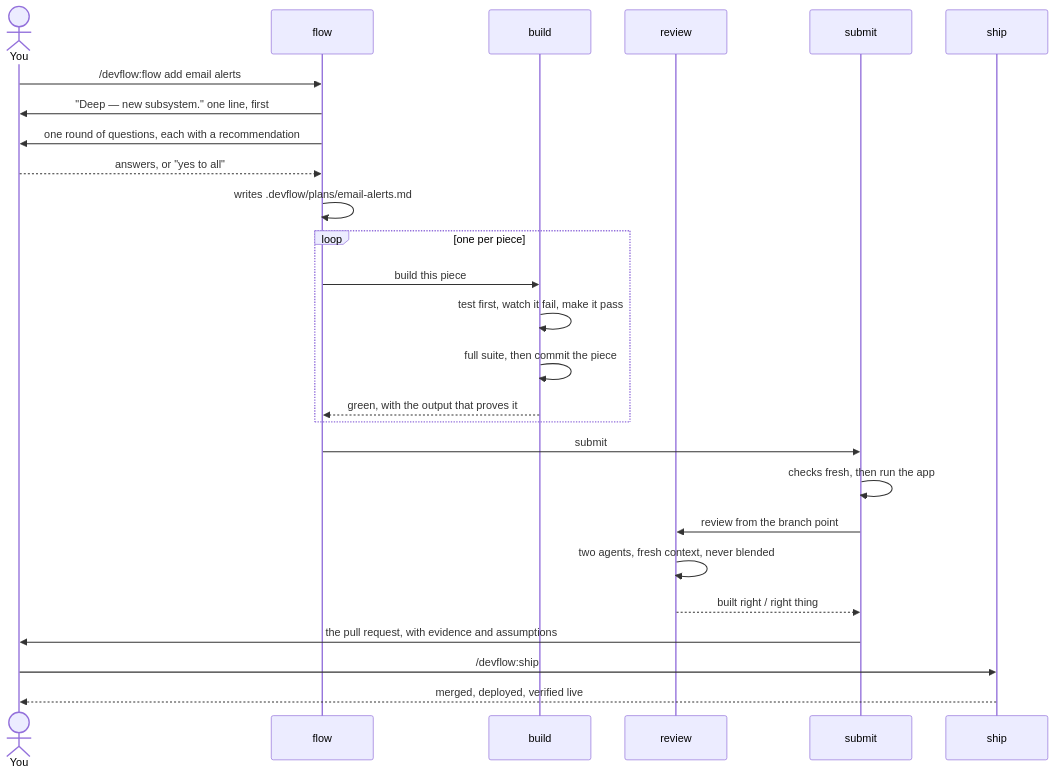
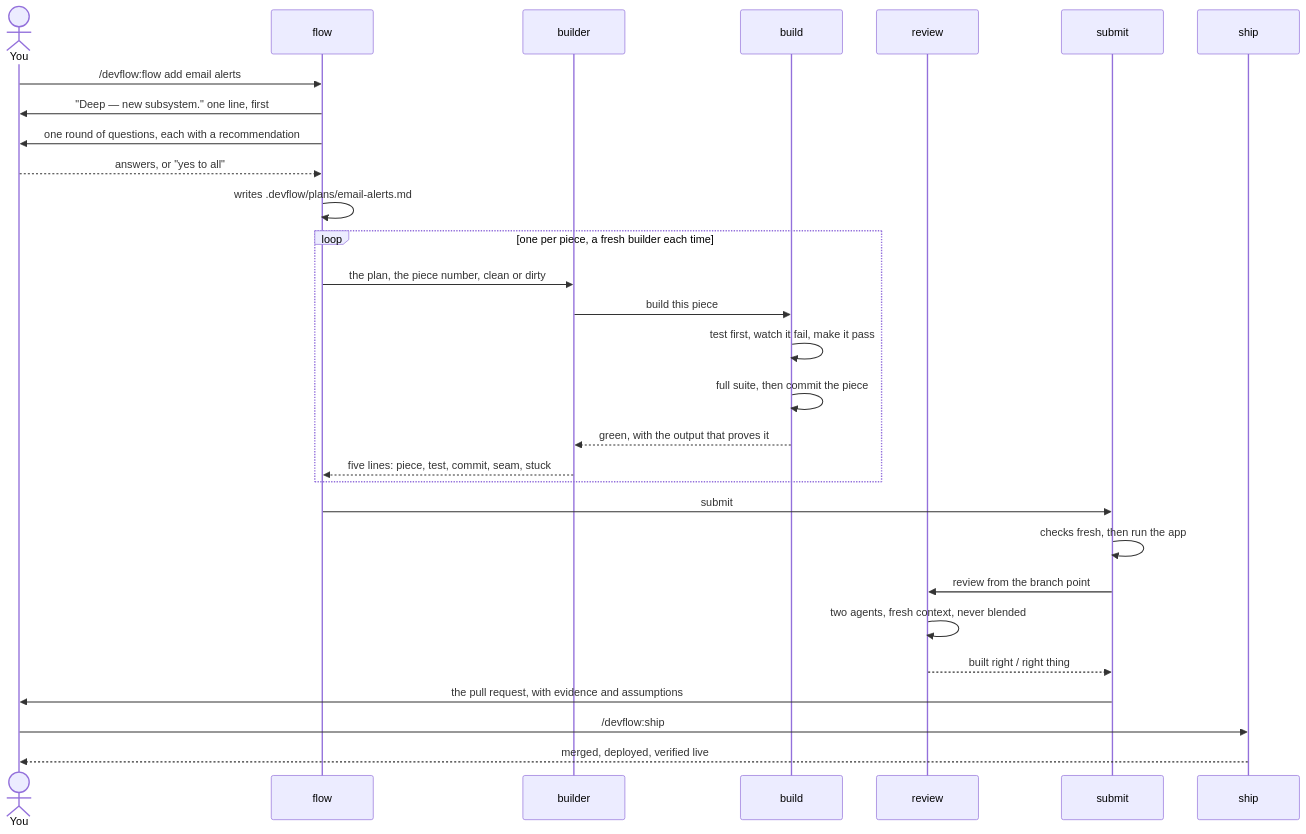
One commit to eddiechok/agent-devflow changed the second of 2 diagrams in docs/pipeline.md. Above: the diagram before and after it, drawn with Mermaid. The commit also changed 6 other files, not shown here.

First line of the commit message:
docs: catch up with builder per piece, and give submit a docs step

````diff
--- a/docs/pipeline.md
+++ b/docs/pipeline.md
@@ -85,31 +85,34 @@
 ```mermaid
 sequenceDiagram
     actor You
     participant flow
+    participant builder
     participant build
     participant review
     participant submit
     participant ship
 
     You->>flow: /devflow:flow add email alerts
     flow->>You: "Deep — new subsystem." one line, first
     flow->>You: one round of questions, each with a recommendation
     You-->>flow: answers, or "yes to all"
     flow->>flow: writes .devflow/plans/email-alerts.md
 
-    loop one per piece
-        flow->>build: build this piece
+    loop one per piece, a fresh builder each time
+        flow->>builder: the plan, the piece number, clean or dirty
+        builder->>build: build this piece
         build->>build: test first, watch it fail, make it pass
         build->>build: full suite, then commit the piece
-        build-->>flow: green, with the output that proves it
+        build-->>builder: green, with the output that proves it
+        builder-->>flow: five lines: piece, test, commit, seam, stuck
     end
 
     flow->>submit: submit
     submit->>submit: checks fresh, then run the app
     submit->>review: review from the branch point
     review->>review: two agents, fresh context, never blended
     review-->>submit: built right / right thing
     submit->>You: the pull request, with evidence and assumptions
     You->>ship: /devflow:ship
     ship-->>You: merged, deployed, verified live
 ```
````
